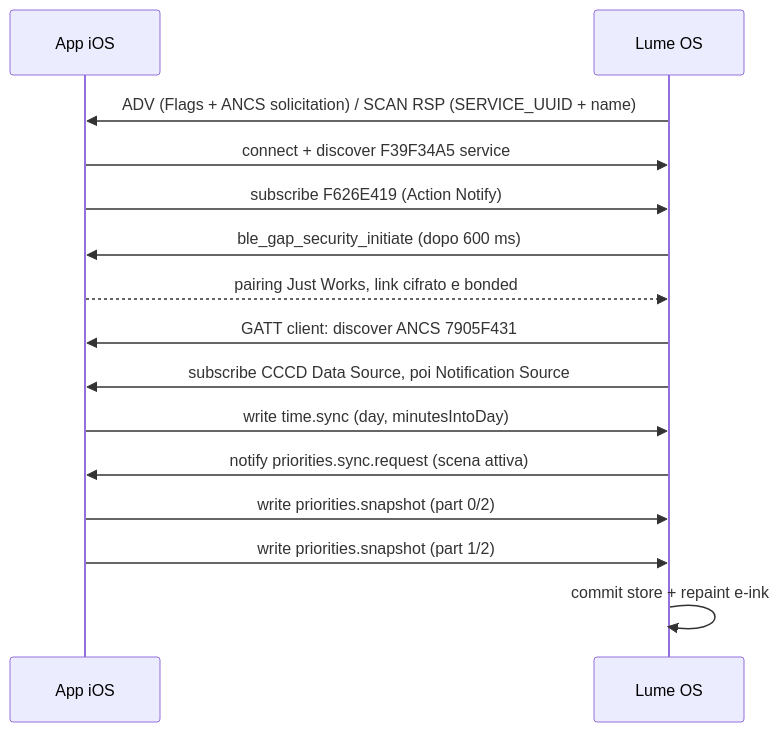
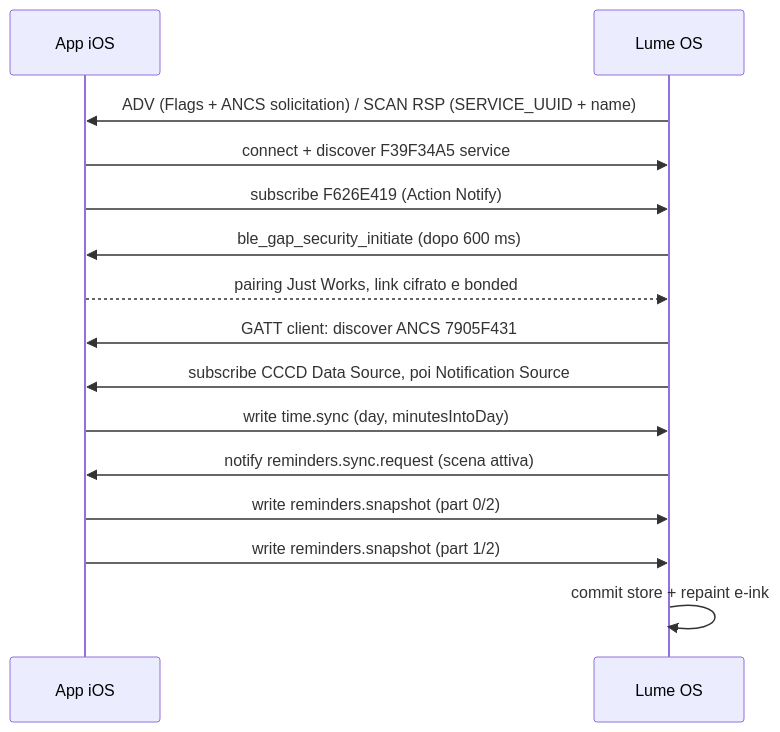
Before and after one commit to Bodyes26/lume: the first of 2 diagrams in docs/lume/03-protocollo-ble.md, drawn with Mermaid. The commit also changed other lines of this file and 39 other files, not shown here.

````diff
--- a/docs/lume/03-protocollo-ble.md
+++ b/docs/lume/03-protocollo-ble.md
@@ -198,17 +231,17 @@
 ```mermaid
 sequenceDiagram
     participant iOS as App iOS
     participant Dev as Lume OS
     Dev->>iOS: ADV (Flags + ANCS solicitation) / SCAN RSP (SERVICE_UUID + name)
     iOS->>Dev: connect + discover F39F34A5 service
     iOS->>Dev: subscribe F626E419 (Action Notify)
     Dev->>iOS: ble_gap_security_initiate (dopo 600 ms)
     iOS-->>Dev: pairing Just Works, link cifrato e bonded
     Dev->>iOS: GATT client: discover ANCS 7905F431
     Dev->>iOS: subscribe CCCD Data Source, poi Notification Source
     iOS->>Dev: write time.sync (day, minutesIntoDay)
-    Dev->>iOS: notify priorities.sync.request (scena attiva)
-    iOS->>Dev: write priorities.snapshot (part 0/2)
-    iOS->>Dev: write priorities.snapshot (part 1/2)
+    Dev->>iOS: notify reminders.sync.request (scena attiva)
+    iOS->>Dev: write reminders.snapshot (part 0/2)
+    iOS->>Dev: write reminders.snapshot (part 1/2)
     Dev->>Dev: commit store + repaint e-ink
 ```
````
